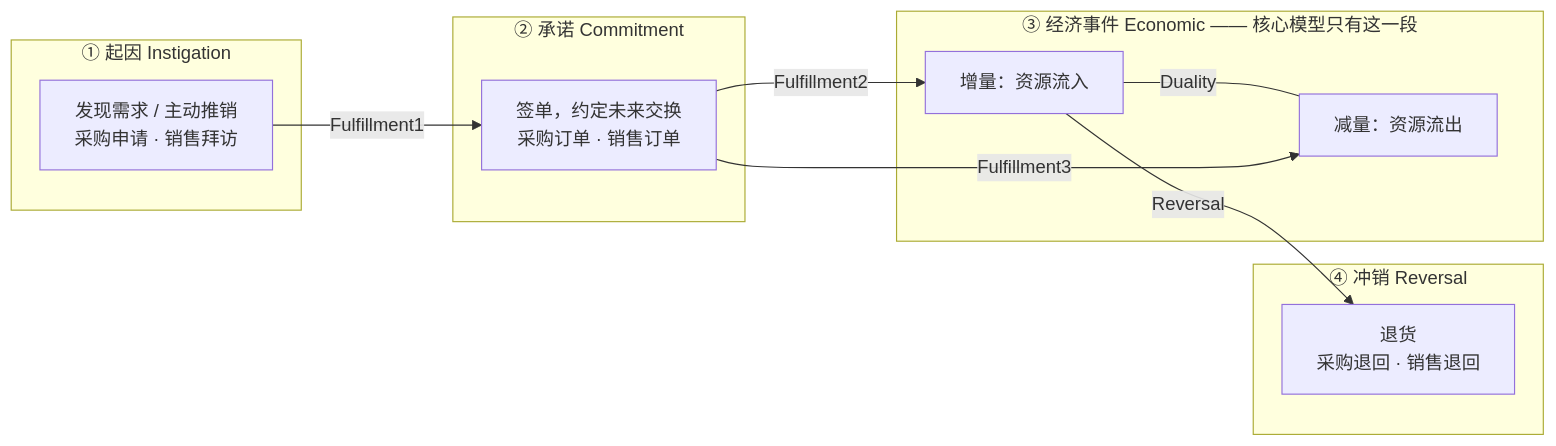
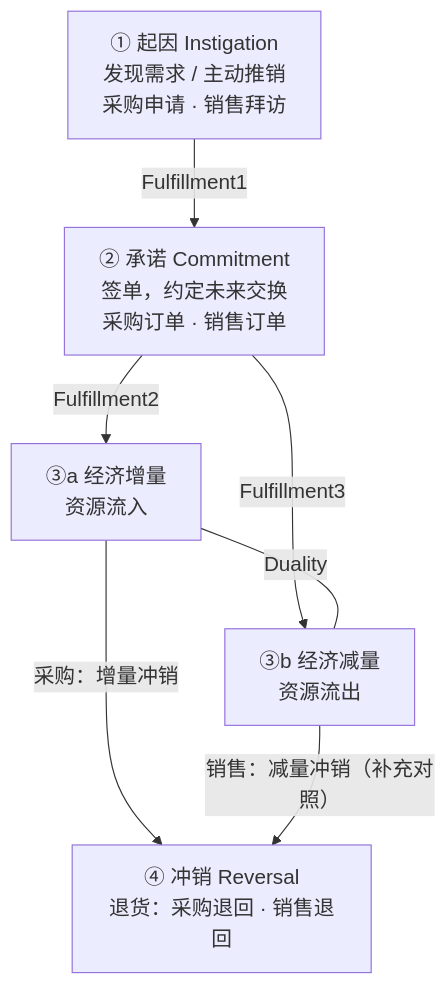
Diagram 17 of 19 in AC6761_Artificial_Intelligence_Accounting/notes/M05-REA业务流程建模.md (CercaTrovato/cityu-ai-course-notes), drawn with Mermaid before and after one commit. The commit also changed other lines of this file and 224 other files, not shown here.

First line of the commit message:
完善五门课图文可读性并更新仓库首页

````diff
--- a/AC6761_Artificial_Intelligence_Accounting/notes/M05-REA业务流程建模.md
+++ b/AC6761_Artificial_Intelligence_Accounting/notes/M05-REA业务流程建模.md
@@ -2830,21 +3276,15 @@
 ```mermaid
-flowchart LR
-    subgraph S1["① 起因 Instigation"]
-        A["发现需求 / 主动推销<br/>采购申请 · 销售拜访"]
-    end
-    subgraph S2["② 承诺 Commitment"]
-        B["签单，约定未来交换<br/>采购订单 · 销售订单"]
-    end
-    subgraph S3["③ 经济事件 Economic —— 核心模型只有这一段"]
-        C["增量：资源流入"]
-        D["减量：资源流出"]
-        C ---|Duality| D
-    end
-    subgraph S4["④ 冲销 Reversal"]
-        E["退货<br/>采购退回 · 销售退回"]
-    end
+%%{init: {"themeVariables": {"fontSize": "18px"}, "flowchart": {"nodeSpacing": 30, "rankSpacing": 50}}}%%
+flowchart TB
+    A["① 起因 Instigation<br/>发现需求 / 主动推销<br/>采购申请 · 销售拜访"]
+    B["② 承诺 Commitment<br/>签单，约定未来交换<br/>采购订单 · 销售订单"]
+    C["③a 经济增量<br/>资源流入"]
+    D["③b 经济减量<br/>资源流出"]
+    E["④ 冲销 Reversal<br/>退货：采购退回 · 销售退回"]
     A -->|Fulfillment1| B
     B -->|Fulfillment2| C
     B -->|Fulfillment3| D
-    C -->|Reversal| E
+    C ---|Duality| D
+    C -->|"采购：增量冲销"| E
+    D -->|"销售：减量冲销（补充对照）"| E
 ```
````
